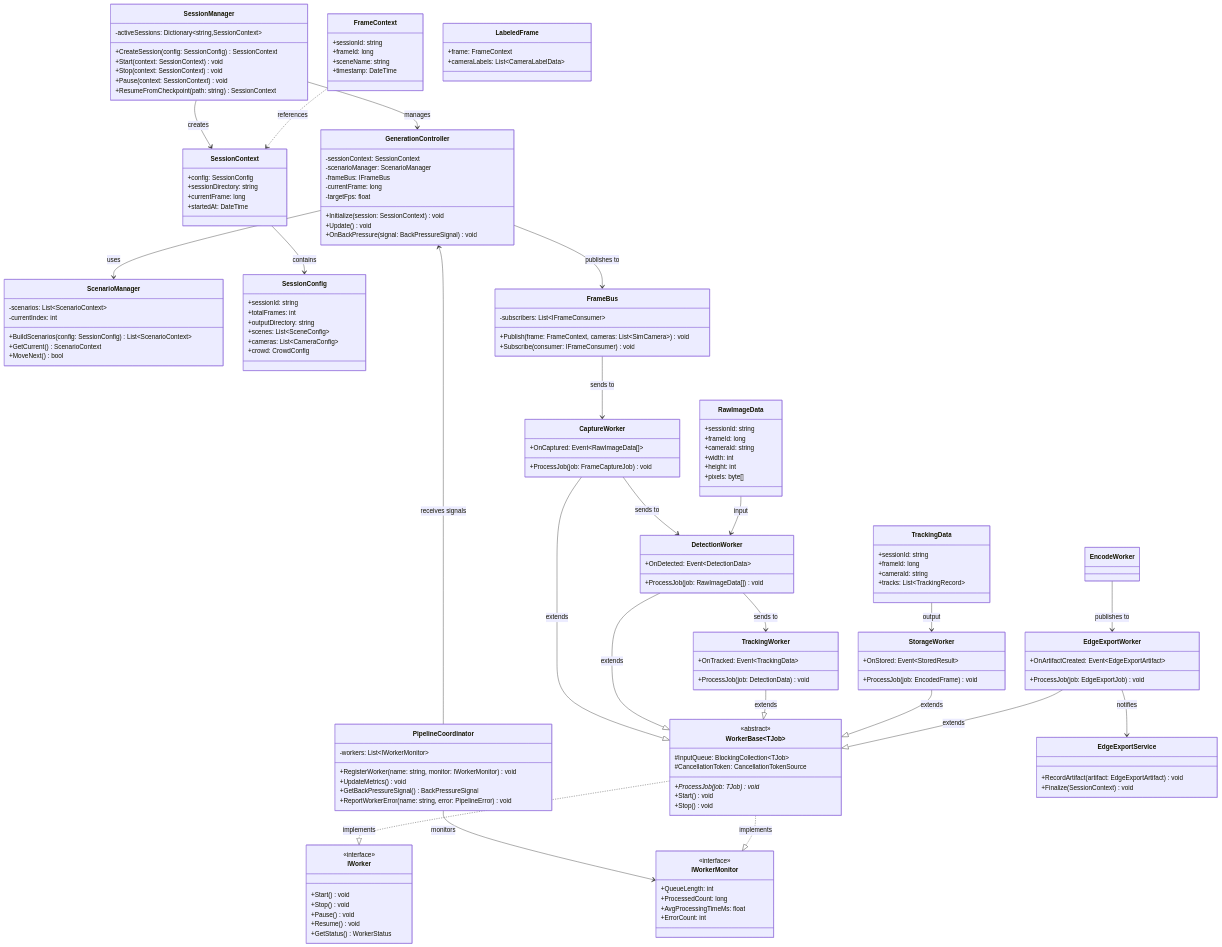
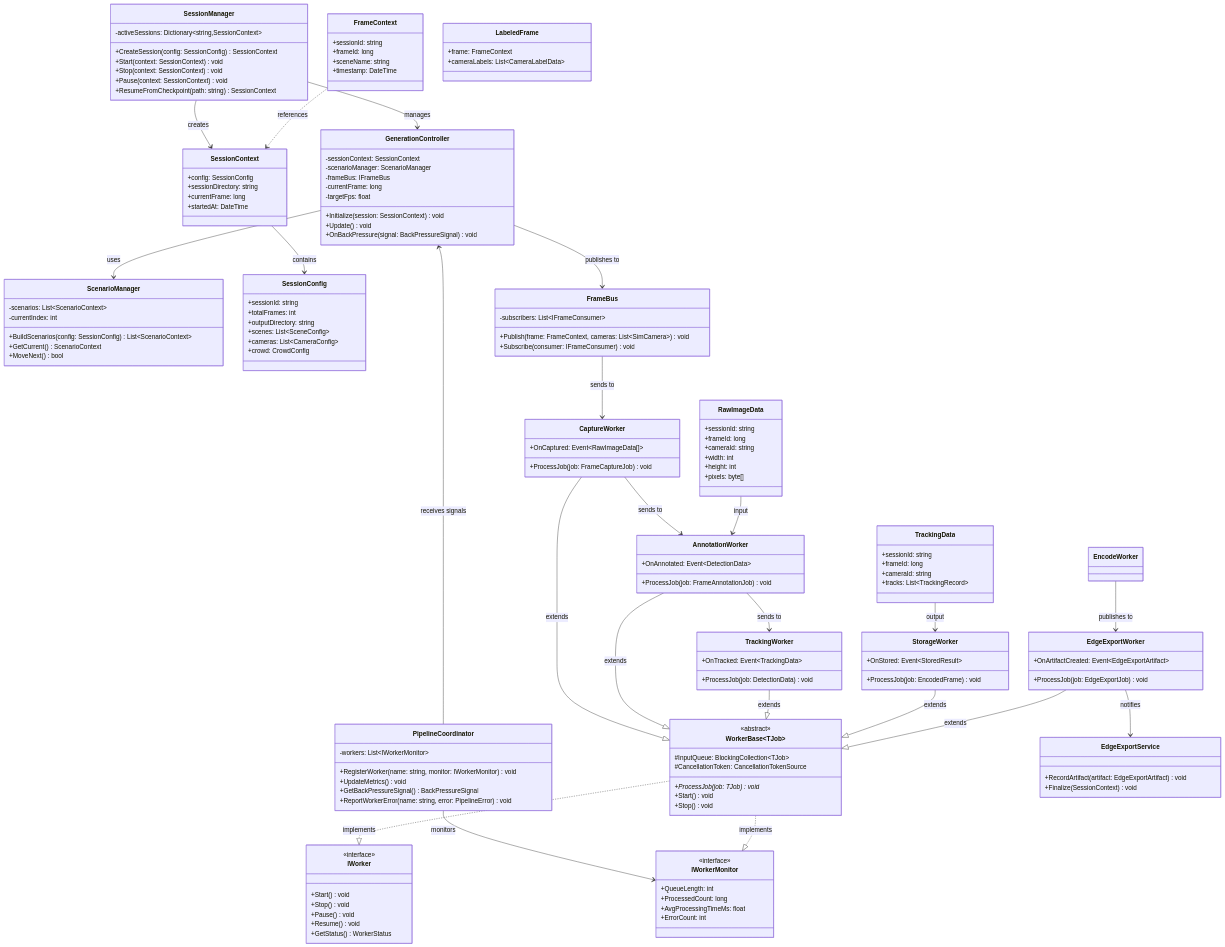
Before and after one commit to JinRobotics/Forge: the diagram in docs/design/3_Class_Design_Document.md, drawn with Mermaid. The commit also changed other lines of this file and 14 other files, not shown here.

````diff
--- a/docs/design/3_Class_Design_Document.md
+++ b/docs/design/3_Class_Design_Document.md
@@ -135,9 +135,9 @@
         +OnCaptured: Event~RawImageData[]~
     }
 
-    class DetectionWorker {
-        +ProcessJob(job: RawImageData[]) void
-        +OnDetected: Event~DetectionData~
+    class AnnotationWorker {
+        +ProcessJob(job: FrameAnnotationJob) void
+        +OnAnnotated: Event~DetectionData~
     }
 
     class TrackingWorker {
@@ -177,16 +177,16 @@
     WorkerBase ..|> IWorker : implements
     WorkerBase ..|> IWorkerMonitor : implements
     CaptureWorker --|> WorkerBase : extends
-    DetectionWorker --|> WorkerBase : extends
+    AnnotationWorker --|> WorkerBase : extends
     TrackingWorker --|> WorkerBase : extends
     StorageWorker --|> WorkerBase : extends
     EdgeExportWorker --|> WorkerBase : extends
 
     FrameBus --> CaptureWorker : sends to
-    CaptureWorker --> DetectionWorker : sends to
-    DetectionWorker --> TrackingWorker : sends to
+    CaptureWorker --> AnnotationWorker : sends to
+    AnnotationWorker --> TrackingWorker : sends to
     EncodeWorker --> EdgeExportWorker : publishes to
     EdgeExportWorker --> EdgeExportService : notifies
-    RawImageData --> DetectionWorker : input
+    RawImageData --> AnnotationWorker : input
     TrackingData --> StorageWorker : output
 ```
````
